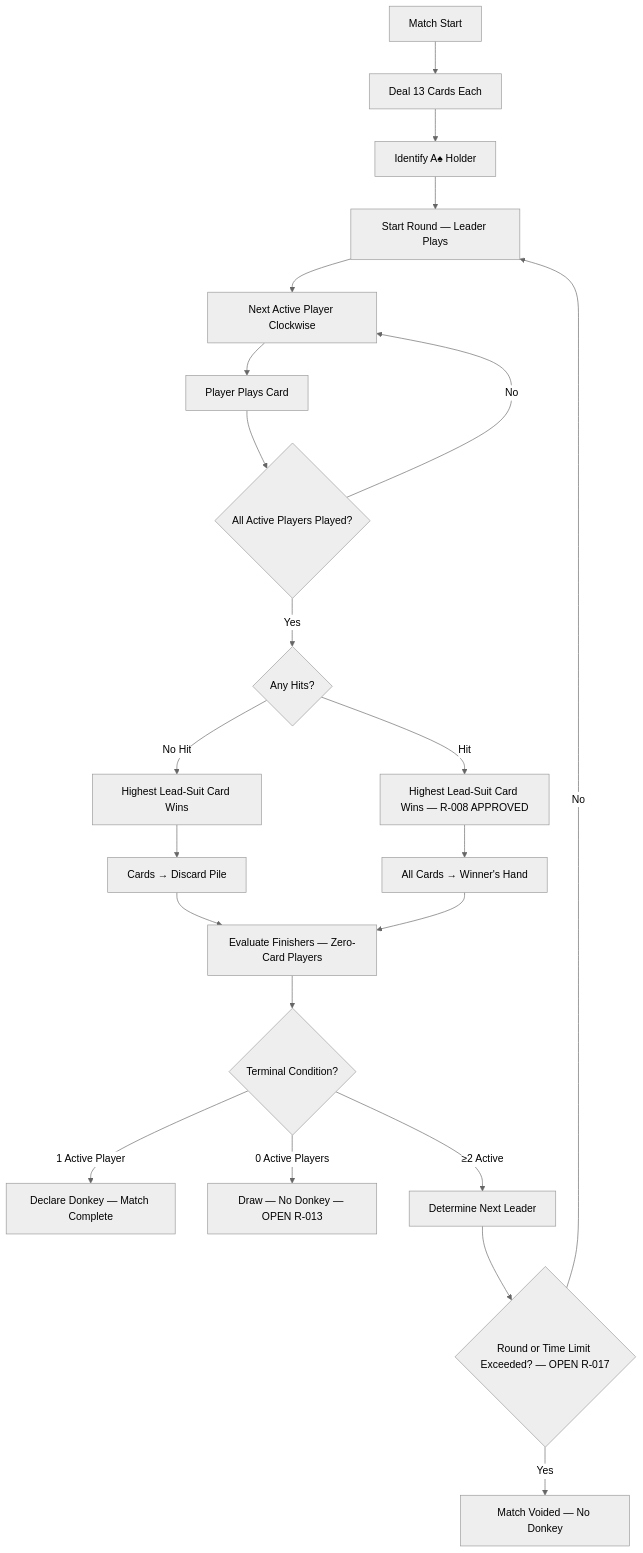
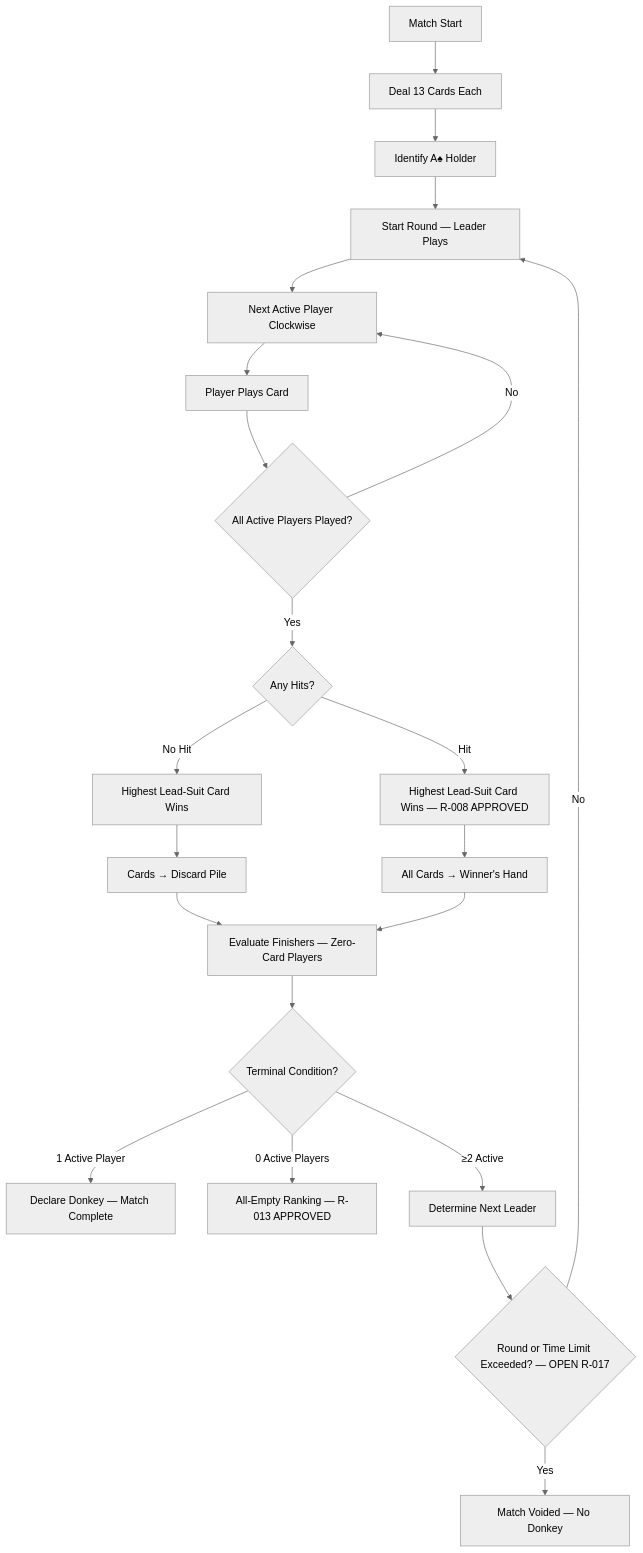
One commit to vishnumkumar/donkey-multiplayer changed the diagram in docs/03-canonical-ruleset-v1-draft.md. Above: the diagram before and after it, drawn with Mermaid (neutral theme). The commit also changed other lines of this file and 8 other files, not shown here.

First line of the commit message:
Record owner approval of D06/R-013: all-empty clockwise ranking with Donkey

````diff
--- a/docs/03-canonical-ruleset-v1-draft.md
+++ b/docs/03-canonical-ruleset-v1-draft.md
@@ -780,31 +915,31 @@
 ```mermaid
 flowchart TD
     START[Match Start] --> DEAL[Deal 13 Cards Each]
     DEAL --> FIND_AS[Identify A♠ Holder]
     FIND_AS --> ROUND_START[Start Round — Leader Plays]
     
     ROUND_START --> NEXT_PLAYER[Next Active Player Clockwise]
     NEXT_PLAYER --> PLAY[Player Plays Card]
     PLAY --> CHECK_COMPLETE{All Active Players Played?}
     CHECK_COMPLETE -->|No| NEXT_PLAYER
     CHECK_COMPLETE -->|Yes| RESOLVE{Any Hits?}
     
     RESOLVE -->|No Hit| NO_HIT[Highest Lead-Suit Card Wins]
     NO_HIT --> DISCARD[Cards → Discard Pile]
     
     RESOLVE -->|Hit| HIT_WIN[Highest Lead-Suit Card Wins — R-008 APPROVED]
     HIT_WIN --> COLLECT[All Cards → Winner's Hand]
     
     DISCARD --> EVAL_FINISH[Evaluate Finishers — Zero-Card Players]
     COLLECT --> EVAL_FINISH
     
     EVAL_FINISH --> CHECK_TERMINAL{Terminal Condition?}
     
     CHECK_TERMINAL -->|1 Active Player| DONKEY[Declare Donkey — Match Complete]
-    CHECK_TERMINAL -->|0 Active Players| DRAW[Draw — No Donkey — OPEN R-013]
+    CHECK_TERMINAL -->|0 Active Players| ALLEMPTY[All-Empty Ranking — R-013 APPROVED]
     CHECK_TERMINAL -->|≥2 Active| NEXT_LEADER[Determine Next Leader]
     
     NEXT_LEADER --> WATCHDOG{Round or Time Limit Exceeded? — OPEN R-017}
     WATCHDOG -->|Yes| VOID[Match Voided — No Donkey]
     WATCHDOG -->|No| ROUND_START
 ```
````
